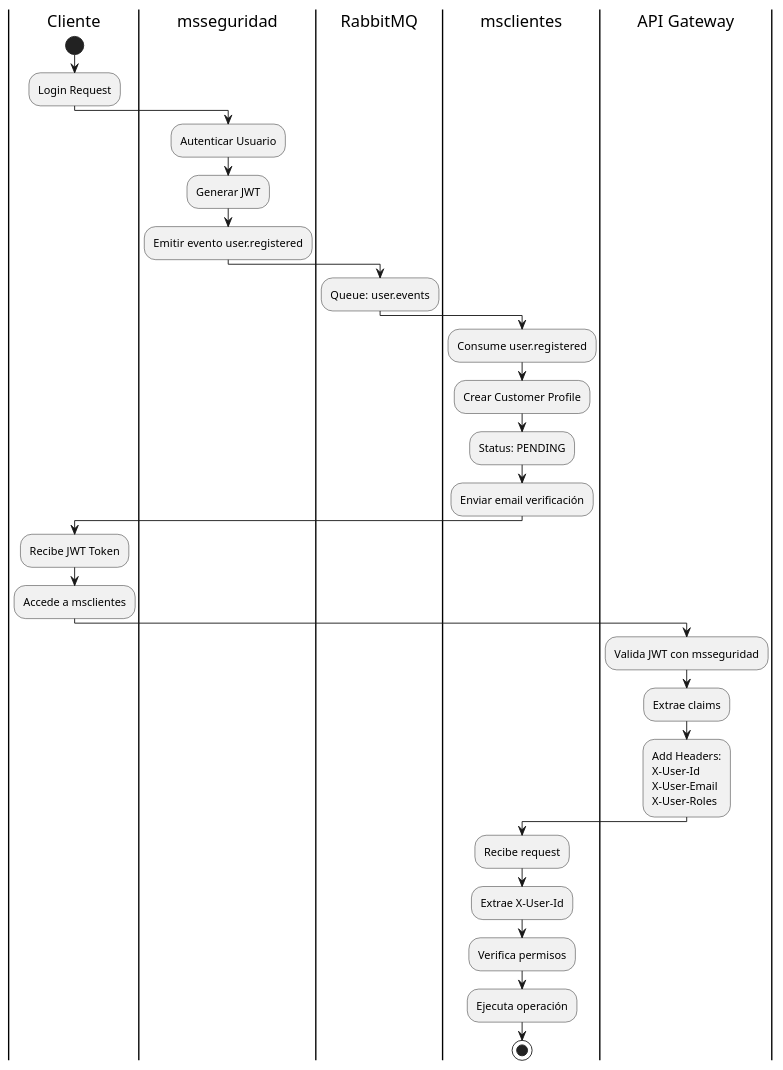
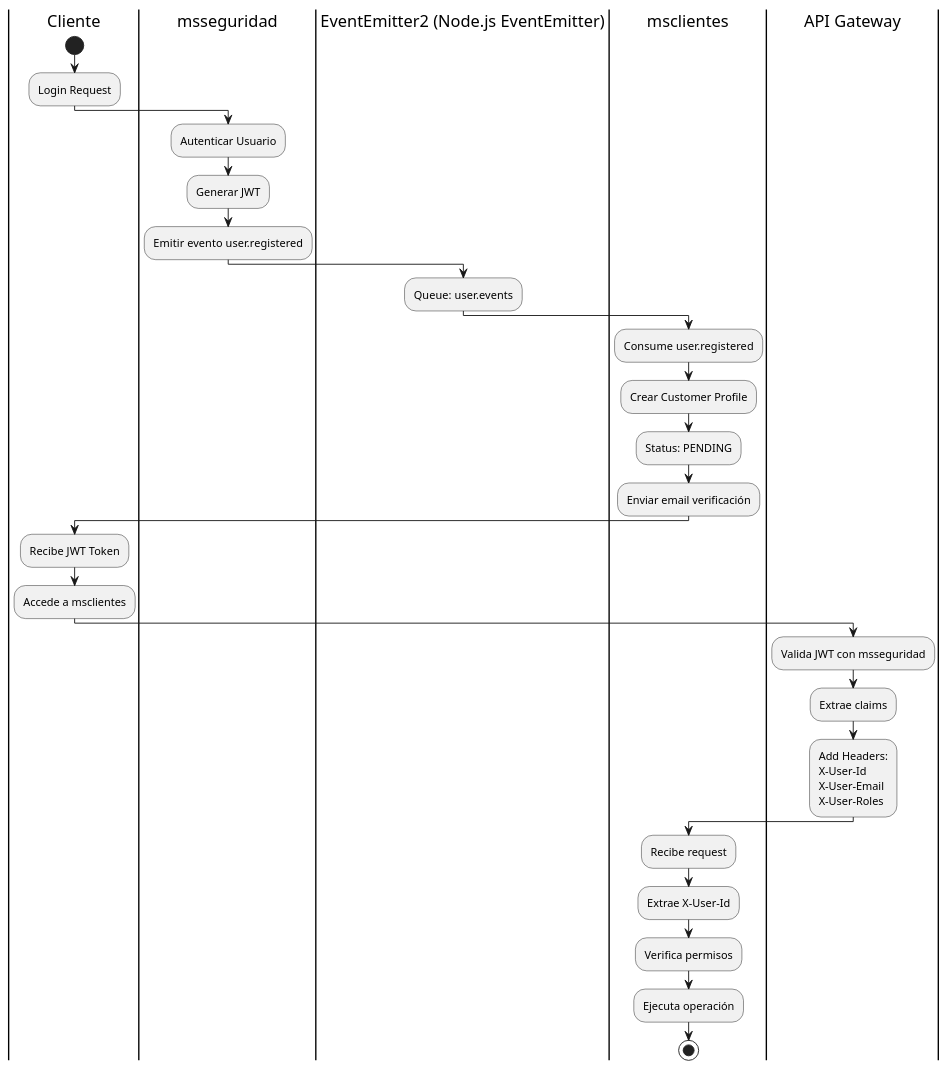
One commit to eugarte/msclientes changed the fifth of 7 diagrams in docs/PROPUESTA_IMPLEMENTACION.md. Above: the diagram before and after it, drawn with PlantUML. The commit also changed other lines of this file, not shown here.

Commit message:
docs: actualizar stack a MySQL + componentes Node.js nativos

````diff
--- a/docs/PROPUESTA_IMPLEMENTACION.md
+++ b/docs/PROPUESTA_IMPLEMENTACION.md
@@ -641,43 +641,43 @@
 ```plantuml
 @startuml
 
 |Cliente|
 start
 :Login Request;
 
 |msseguridad|
 :Autenticar Usuario;
 :Generar JWT;
 :Emitir evento user.registered;
 
-|RabbitMQ|
+|EventEmitter2 (Node.js EventEmitter)|
 :Queue: user.events;
 
 |msclientes|
 :Consume user.registered;
 :Crear Customer Profile;
 :Status: PENDING;
 :Enviar email verificación;
 
 |Cliente|
 :Recibe JWT Token;
 :Accede a msclientes;
 
 |API Gateway|
 :Valida JWT con msseguridad;
 :Extrae claims;
 :Add Headers:
 X-User-Id
 X-User-Email
 X-User-Roles;
 
 |msclientes|
 :Recibe request;
 :Extrae X-User-Id;
 :Verifica permisos;
 :Ejecuta operación;
 
 stop
 
 @enduml
 ```
````
